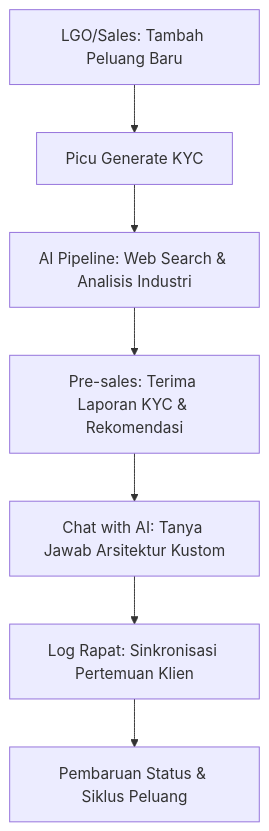
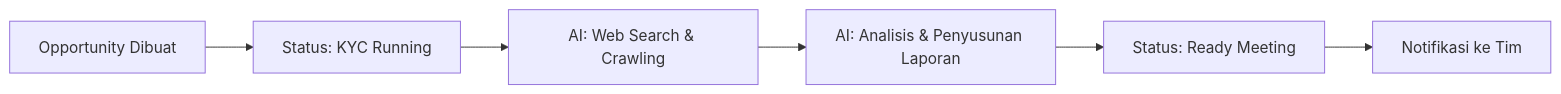
Before and after one commit to Xedonedron/magna-opportunity-intelligence-platform: the diagram in MOIP_USER_MANUAL.md, drawn with Mermaid. The commit also changed other lines of this file and 2 other files, not shown here.

Commit message:
docs: update system architecture, user manual, and context with solutions catalog

````diff
--- a/MOIP_USER_MANUAL.md
+++ b/MOIP_USER_MANUAL.md
@@ -12,9 +168,8 @@
 ```mermaid
-graph TD
-    A[LGO/Sales: Tambah Peluang Baru] --> B[Picu Generate KYC]
-    B --> C[AI Pipeline: Web Search & Analisis Industri]
-    C --> D[Pre-sales: Terima Laporan KYC & Rekomendasi]
-    D --> E[Chat with AI: Tanya Jawab Arsitektur Kustom]
-    E --> F[Log Rapat: Sinkronisasi Pertemuan Klien]
-    F --> G[Pembaruan Status & Siklus Peluang]
+graph LR
+    A[Opportunity Dibuat] --> B[Status: KYC Running]
+    B --> C[AI: Web Search & Crawling]
+    C --> D[AI: Analisis & Penyusunan Laporan]
+    D --> E[Status: Ready Meeting]
+    E --> F[Notifikasi ke Tim]
 ```
````
